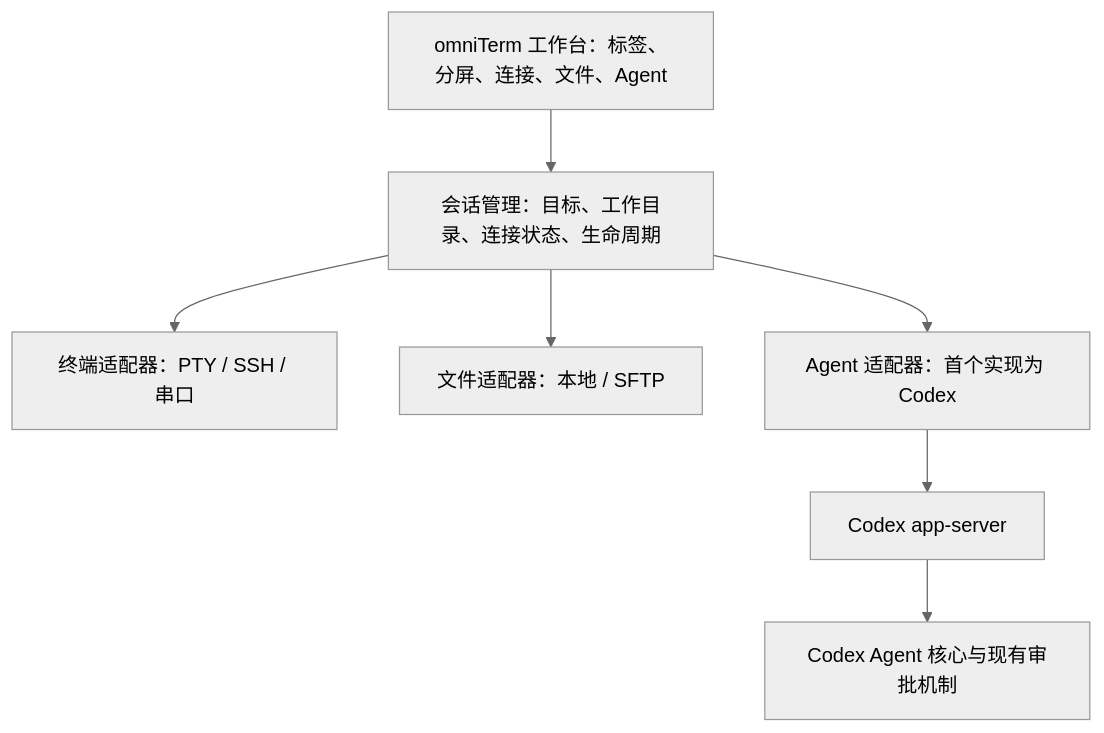
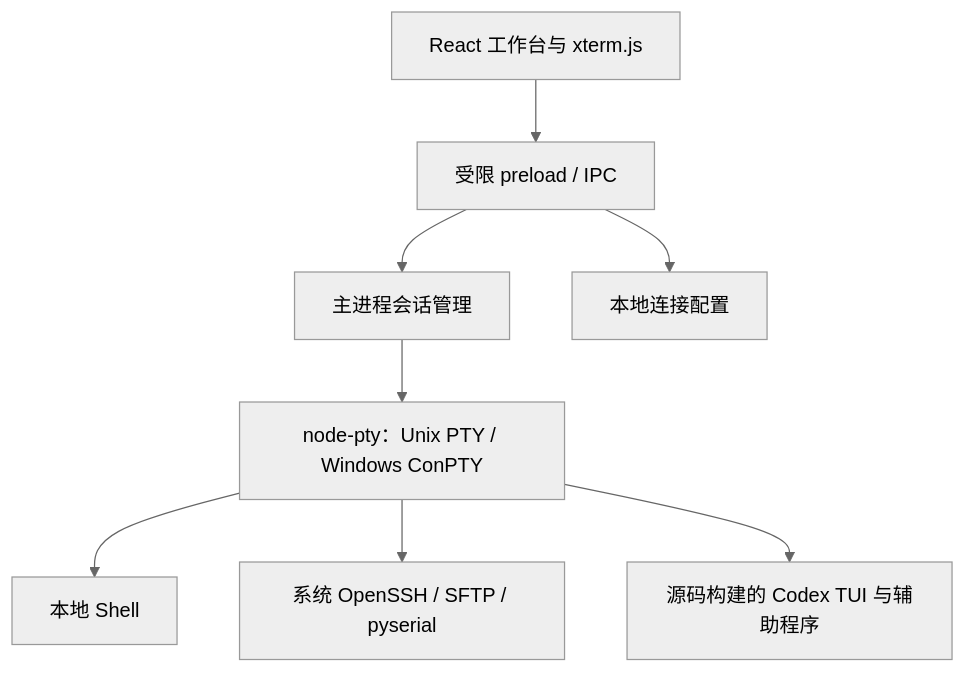
Before and after one commit to YanYaoyuan/omniTerm: the diagram in docs/omniterm/architecture.md, drawn with Mermaid (neutral theme). The commit also changed other lines of this file and 36 other files, not shown here.

Commit message:
feat: add omniTerm desktop workspace with native terminal sessions

````diff
--- a/docs/omniterm/architecture.md
+++ b/docs/omniterm/architecture.md
@@ -24,16 +24,18 @@
 ```mermaid
 flowchart TB
-    UI[omniTerm 工作台：标签、分屏、连接、文件、Agent]
-    Sessions[会话管理：目标、工作目录、连接状态、生命周期]
-    Terminal[终端适配器：PTY / SSH / 串口]
-    Files[文件适配器：本地 / SFTP]
-    Agent[Agent 适配器：首个实现为 Codex]
-    Server[Codex app-server]
-    Core[Codex Agent 核心与现有审批机制]
-    UI --> Sessions
-    Sessions --> Terminal
-    Sessions --> Files
-    Sessions --> Agent
-    Agent --> Server
-    Server --> Core
+    UI[React 工作台与 xterm.js]
+    Bridge[受限 preload / IPC]
+    Sessions[主进程会话管理]
+    Profiles[本地连接配置]
+    PTY[node-pty：Unix PTY / Windows ConPTY]
+    Shell[本地 Shell]
+    Remote[系统 OpenSSH / SFTP / pyserial]
+    Agent[源码构建的 Codex TUI 与辅助程序]
+    UI --> Bridge
+    Bridge --> Sessions
+    Bridge --> Profiles
+    Sessions --> PTY
+    PTY --> Shell
+    PTY --> Remote
+    PTY --> Agent
 ```
````
